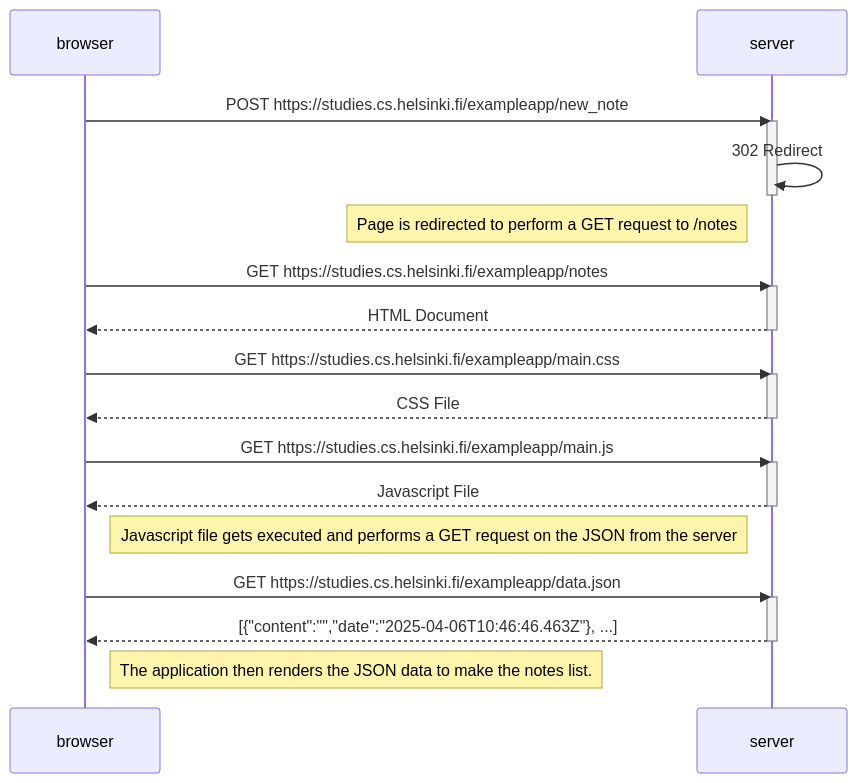
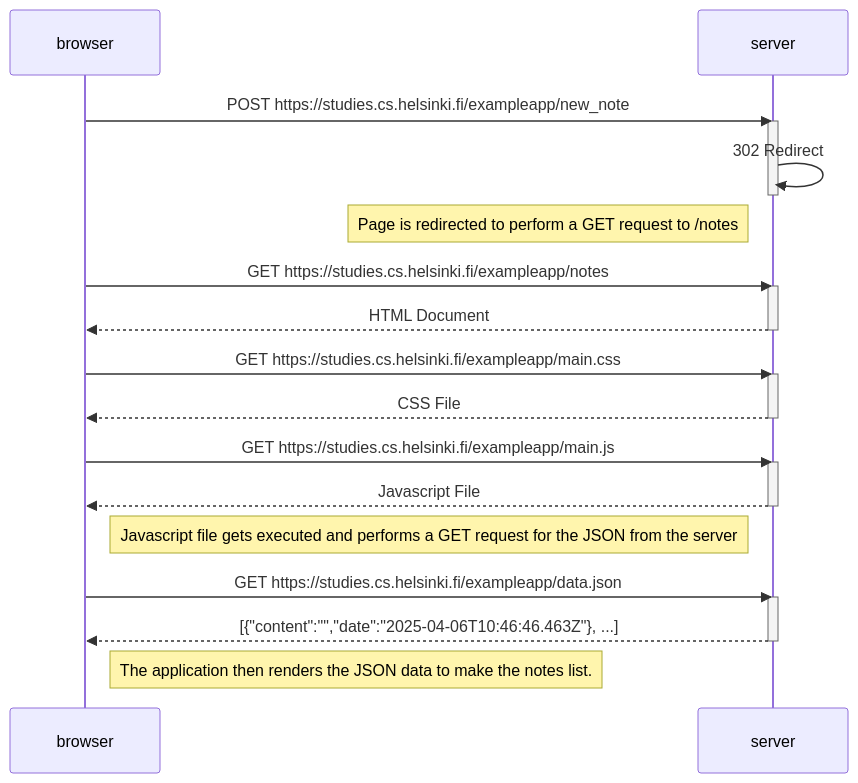
One commit to Repositoir/full-stack-mooc changed the diagram in part0/ex0.4.md. Above: the diagram before and after it, drawn with Mermaid. The commit also changed other lines of this file and 3 other files, not shown here.

````diff
--- a/part0/ex0.4.md
+++ b/part0/ex0.4.md
@@ -5,36 +5,36 @@
 ```mermaid
 sequenceDiagram
     participant browser
     participant server
 
     browser->>server: POST https://studies.cs.helsinki.fi/exampleapp/new_note 
     activate server
     server->>server: 302 Redirect
     deactivate server
 
     Note left of server: Page is redirected to perform a GET request to /notes
 
     browser->>server: GET https://studies.cs.helsinki.fi/exampleapp/notes
     activate server
     server-->>browser: HTML Document
     deactivate server
 
     browser->>server: GET https://studies.cs.helsinki.fi/exampleapp/main.css
     activate server
     server-->>browser: CSS File
     deactivate server
 
     browser->>server: GET https://studies.cs.helsinki.fi/exampleapp/main.js
     activate server
     server-->>browser: Javascript File
     deactivate server
 
-    Note right of browser: Javascript file gets executed and performs a GET request on the JSON from the server
+    Note right of browser: Javascript file gets executed and performs a GET request for the JSON from the server
 
     browser->>server: GET https://studies.cs.helsinki.fi/exampleapp/data.json
     activate server
     server-->>browser: [{"content":"","date":"2025-04-06T10:46:46.463Z"}, ...]
     deactivate server
 
     Note right of browser: The application then renders the JSON data to make the notes list.
 ```
````
